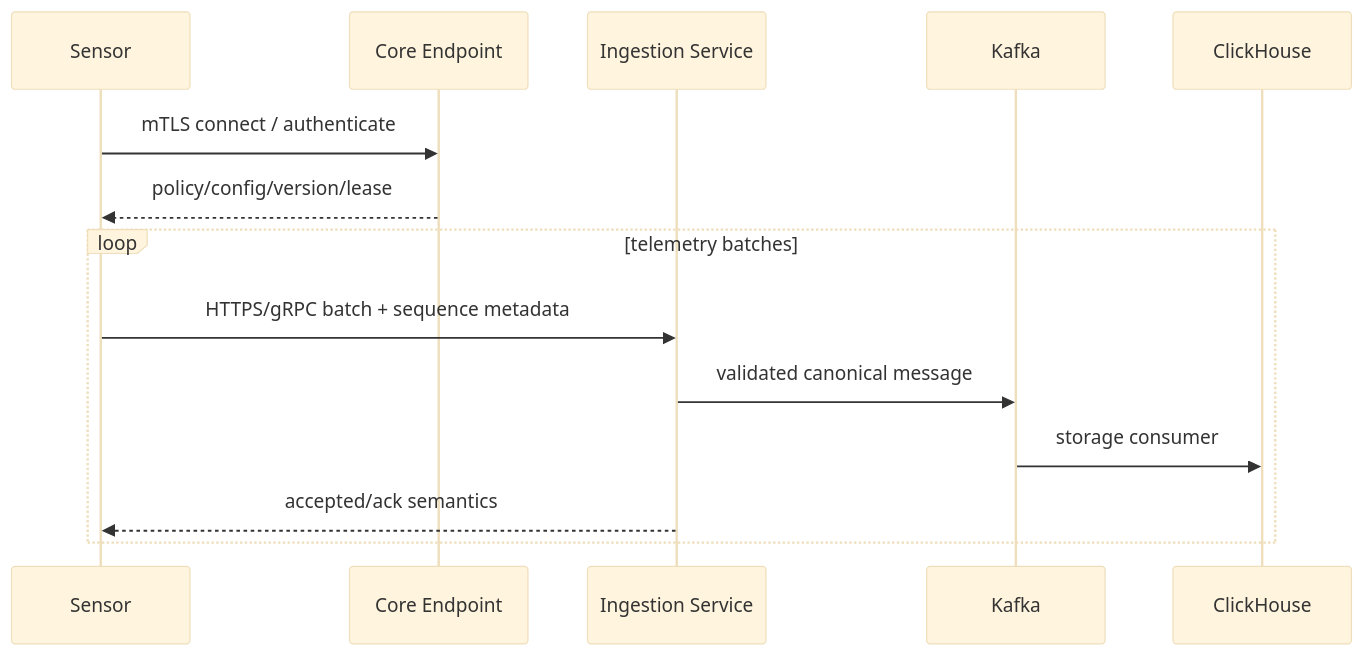
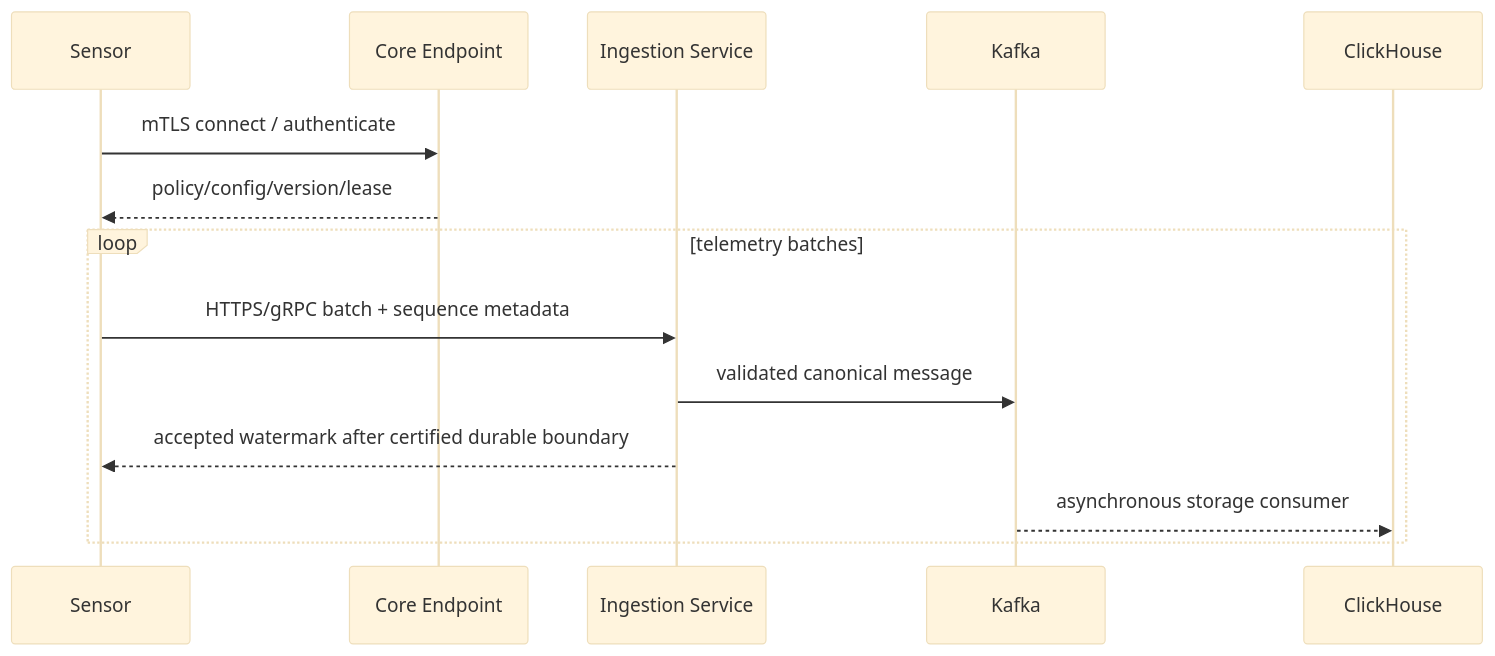
One commit to gagandsm-max/platform changed the fifth of 10 diagrams in project_documentation/Platform_03_Architecture.md. Above: the diagram before and after it, drawn with Mermaid (base theme).

Commit message:
docs(arch): avoid implying ClickHouse defines Sensor ACK boundary

````diff
--- a/project_documentation/Platform_03_Architecture.md
+++ b/project_documentation/Platform_03_Architecture.md
@@ -336,17 +336,17 @@
 ```mermaid
 sequenceDiagram
     participant S as Sensor
     participant C as Core Endpoint
     participant I as Ingestion Service
     participant K as Kafka
     participant CH as ClickHouse
 
     S->>C: mTLS connect / authenticate
     C-->>S: policy/config/version/lease
     loop telemetry batches
       S->>I: HTTPS/gRPC batch + sequence metadata
       I->>K: validated canonical message
-      K->>CH: storage consumer
-      I-->>S: accepted/ack semantics
+      I-->>S: accepted watermark after certified durable boundary
+      K-->>CH: asynchronous storage consumer
     end
 ```
````
